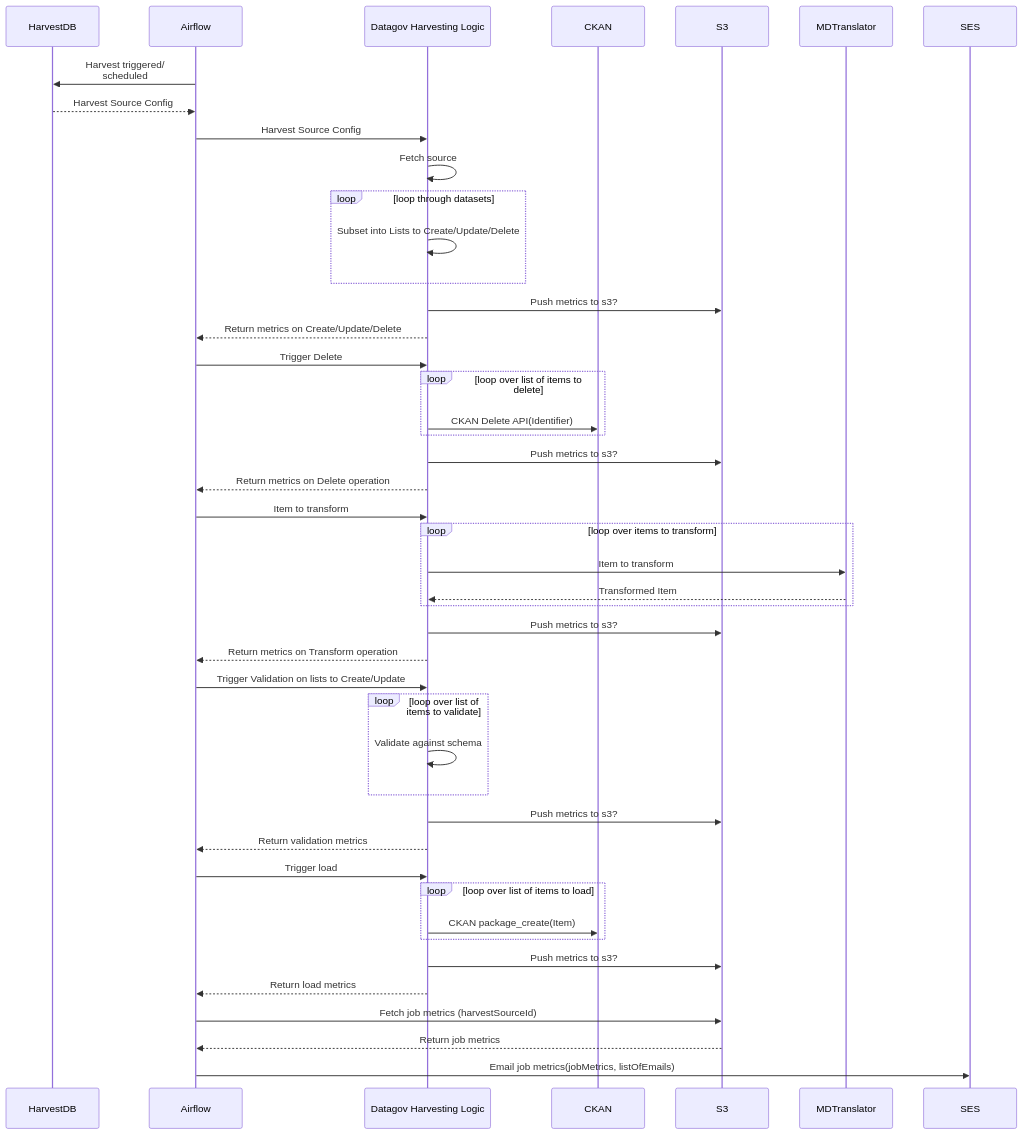
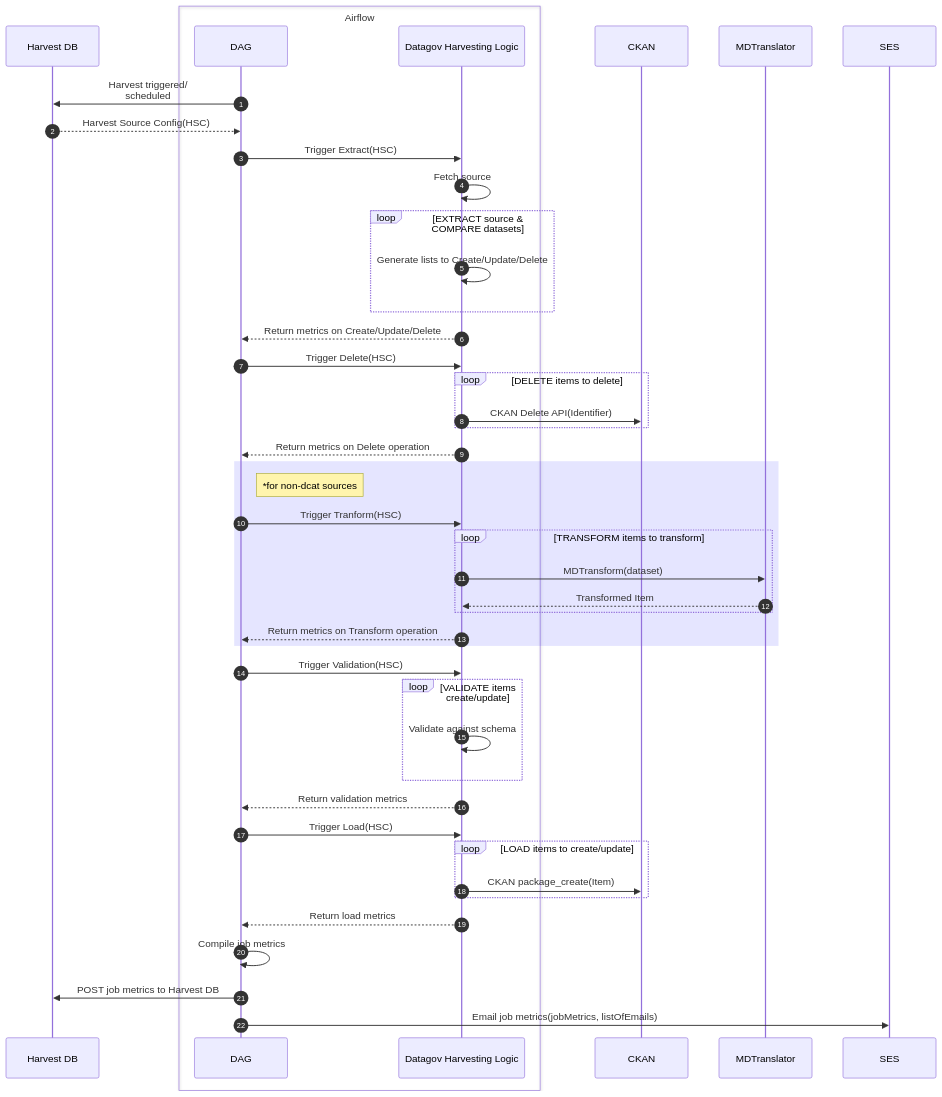
One commit to GSA/datagov-harvester changed the diagram in docs/diagrams/mermaid/src/etl_pipeline.md. Above: the diagram before and after it, drawn with Mermaid. The commit also changed 1 other file, not shown here.

Commit message:
updates based on design session

````diff
--- a/docs/diagrams/mermaid/src/etl_pipeline.md
+++ b/docs/diagrams/mermaid/src/etl_pipeline.md
@@ -1,51 +1,50 @@
 ```mermaid
 sequenceDiagram
-    participant HDB as HarvestDB
-    participant Airflow
+    autonumber
+    participant HDB as Harvest DB
+    box transparent Airflow
+    participant DAG
     participant DHL as Datagov Harvesting Logic
+    end
     participant CKAN
-    participant S3
     participant MD as MDTranslator
     participant SES
-    Airflow->>HDB: Harvest triggered/<br>scheduled
-    HDB-->>Airflow: Harvest Source Config
-    Airflow->>DHL: Harvest Source Config
+    DAG->>HDB: Harvest triggered/<br>scheduled
+    HDB-->>DAG: Harvest Source Config(HSC)
+    DAG->>DHL: Trigger Extract(HSC)
     DHL->>DHL: Fetch source
-    loop loop through datasets
-        DHL->>DHL: Subset into Lists to Create/Update/Delete
+    loop EXTRACT source & COMPARE datasets
+        DHL->>DHL: Generate lists to Create/Update/Delete
     end
-    DHL->>S3: Push metrics to s3?
-    DHL-->>Airflow: Return metrics on Create/Update/Delete
-    Airflow->>DHL: Trigger Delete
-    loop loop over list of items to delete
+    DHL-->>DAG: Return metrics on Create/Update/Delete
+    DAG->>DHL: Trigger Delete(HSC)
+    loop DELETE items to delete
         DHL->>CKAN: CKAN Delete API(Identifier)
     end
-    DHL->>S3: Push metrics to s3?
-    DHL-->>Airflow: Return metrics on Delete operation
+    DHL-->>DAG: Return metrics on Delete operation
 
-    Airflow->>DHL: Item to transform
-    loop loop over items to transform
-        DHL->>MD: Item to transform
+    rect rgba(0, 0, 255, .1)
+    note right of DAG: *for non-dcat sources
+    DAG->>DHL: Trigger Tranform(HSC)
+    loop TRANSFORM items to transform
+        DHL->>MD: MDTransform(dataset)
         MD-->>DHL: Transformed Item
     end
-    DHL->>S3: Push metrics to s3?    
-    DHL-->>Airflow: Return metrics on Transform operation
-
-    Airflow->>DHL: Trigger Validation on lists to Create/Update
-    loop loop over list of items to validate
+    DHL-->>DAG: Return metrics on Transform operation
+    end
+    DAG->>DHL: Trigger Validation(HSC)
+    loop VALIDATE items create/update
         DHL->>DHL: Validate against schema
     end
-    DHL->>S3: Push metrics to s3?    
-    DHL-->>Airflow: Return validation metrics
-    Airflow->>DHL: Trigger load
+    DHL-->>DAG: Return validation metrics
+    DAG->>DHL: Trigger Load(HSC)
     
-    loop loop over list of items to load
+    loop LOAD items to create/update
         DHL->>CKAN: CKAN package_create(Item)
     end
-    DHL->>S3: Push metrics to s3?    
-    DHL-->>Airflow: Return load metrics
-    Airflow->>S3: Fetch job metrics (harvestSourceId)
-    S3-->>Airflow: Return job metrics
-    Airflow->>SES: Email job metrics(jobMetrics, listOfEmails)
+    DHL-->>DAG: Return load metrics
+    DAG->>DAG: Compile job metrics
+    DAG->>HDB: POST job metrics to Harvest DB
+    DAG->>SES: Email job metrics(jobMetrics, listOfEmails)
     
 ```
````
